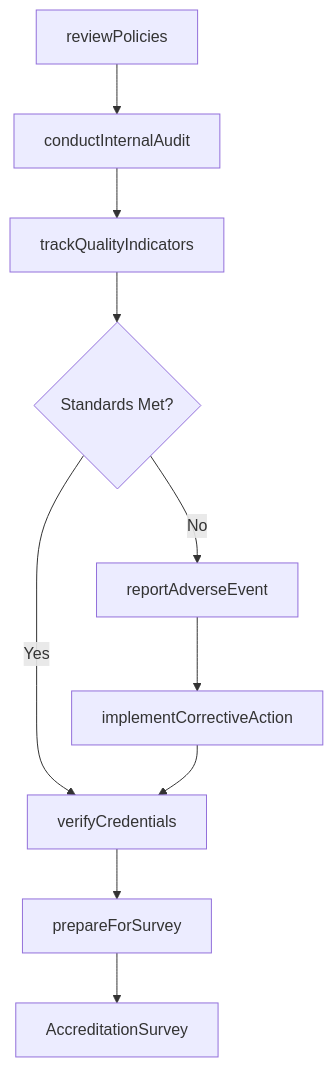
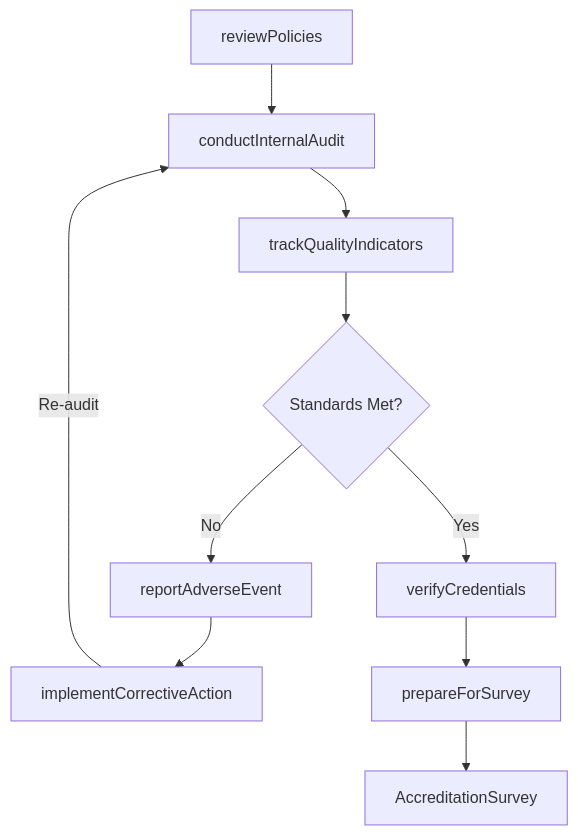
One commit to dot-org-ai/tasks.org.ai changed the third of 4 diagrams in MonitoringProcessesMaterialsOrSurroundings/MonitorOperationsToEnsureComplianceWithRegulationsOrStandards/MonitorMedicalFacilityActivitiesEnsure.mdx. Above: the diagram before and after it, drawn with Mermaid. The commit also changed other lines of this file and 307 other files, not shown here.

First line of the commit message:
feat: Add ER diagrams and state diagrams to remaining 308 DWA task files (wave 3 complete)

````diff
--- a/MonitoringProcessesMaterialsOrSurroundings/MonitorOperationsToEnsureComplianceWithRegulationsOrStandards/MonitorMedicalFacilityActivitiesEnsure.mdx
+++ b/MonitoringProcessesMaterialsOrSurroundings/MonitorOperationsToEnsureComplianceWithRegulationsOrStandards/MonitorMedicalFacilityActivitiesEnsure.mdx
@@ -86,12 +113,12 @@
 ```mermaid
 graph TD
     A[reviewPolicies] --> B[conductInternalAudit]
     B --> C[trackQualityIndicators]
     C --> D{Standards Met?}
     D -->|No| E[reportAdverseEvent]
     E --> F[implementCorrectiveAction]
+    F -->|Re-audit| B
     D -->|Yes| G[verifyCredentials]
-    F --> G
     G --> H[prepareForSurvey]
     H --> I[AccreditationSurvey]
 ```
````
